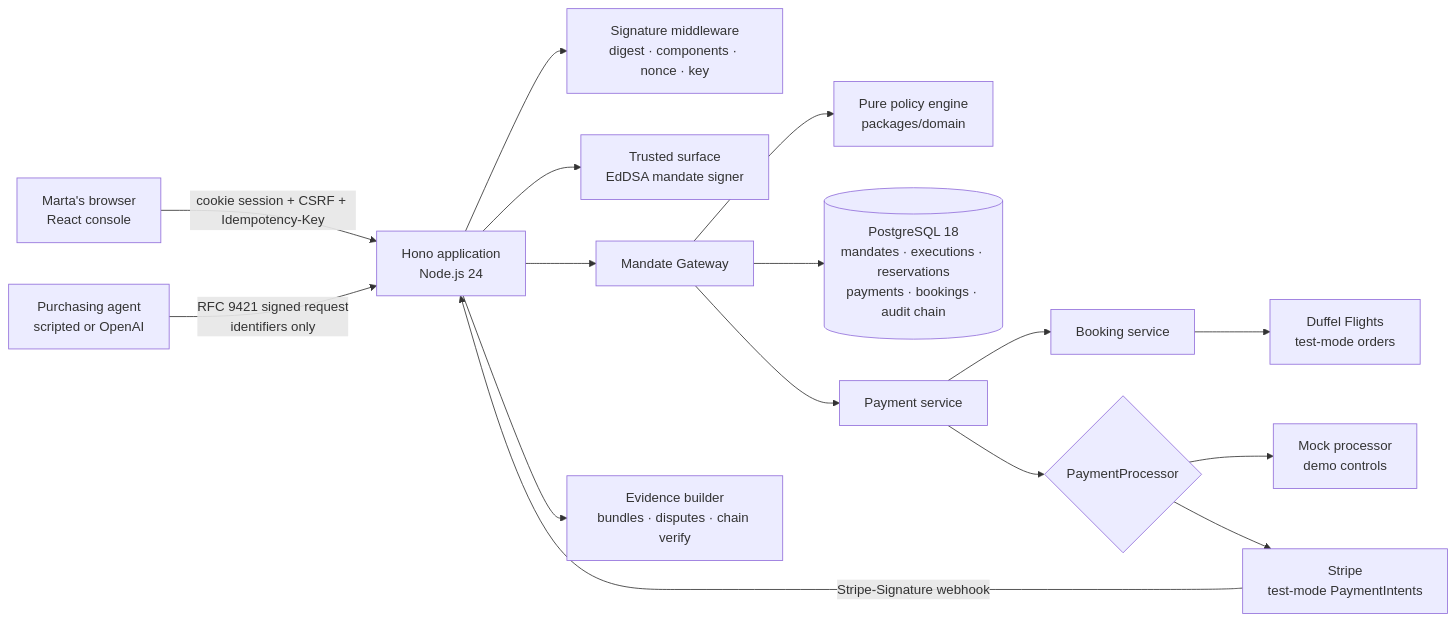
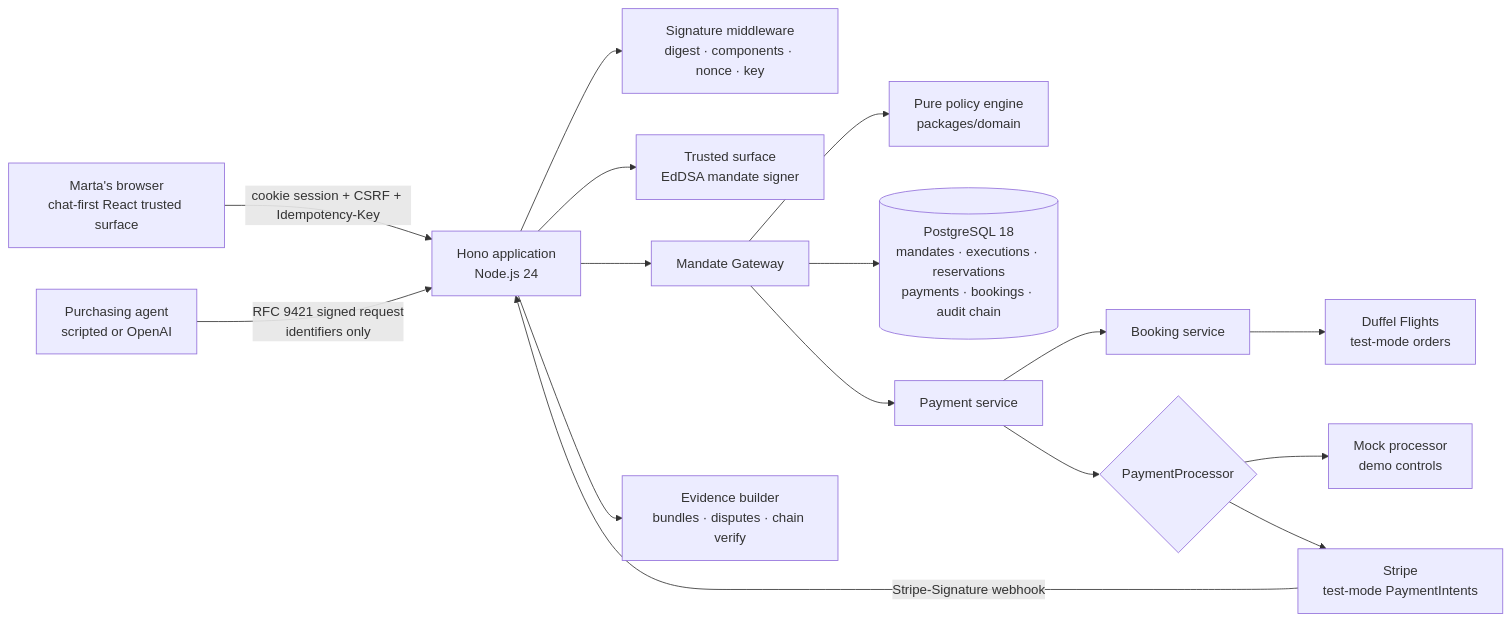
The first of 4 diagrams in docs/architecture.md (r0bops/Authera), drawn with Mermaid before and after one commit. The commit also changed other lines of this file and 13 other files, not shown here.

````diff
--- a/docs/architecture.md
+++ b/docs/architecture.md
@@ -5,18 +5,18 @@
 ```mermaid
 flowchart LR
-  H[Marta's browser<br/>React console] -->|cookie session + CSRF + Idempotency-Key| API[Hono application<br/>Node.js 24]
+  H[Marta's browser<br/>chat-first React trusted surface] -->|cookie session + CSRF + Idempotency-Key| API[Hono application<br/>Node.js 24]
   A[Purchasing agent<br/>scripted or OpenAI] -->|RFC 9421 signed request<br/>identifiers only| API
   API --> SIG[Signature middleware<br/>digest · components · nonce · key]
   API --> TS[Trusted surface<br/>EdDSA mandate signer]
   API --> MG[Mandate Gateway]
   MG --> PE[Pure policy engine<br/>packages/domain]
   MG --> DB[(PostgreSQL 18<br/>mandates · executions · reservations<br/>payments · bookings · audit chain)]
   MG --> PAY[Payment service]
   PAY --> BOOK[Booking service]
   BOOK --> DUFFEL[Duffel Flights<br/>test-mode orders]
   PAY --> PP{PaymentProcessor}
   PP --> MOCK[Mock processor<br/>demo controls]
   PP --> STRIPE[Stripe<br/>test-mode PaymentIntents]
   STRIPE -->|Stripe-Signature webhook| API
   API --> EV[Evidence builder<br/>bundles · disputes · chain verify]
 ```
````
